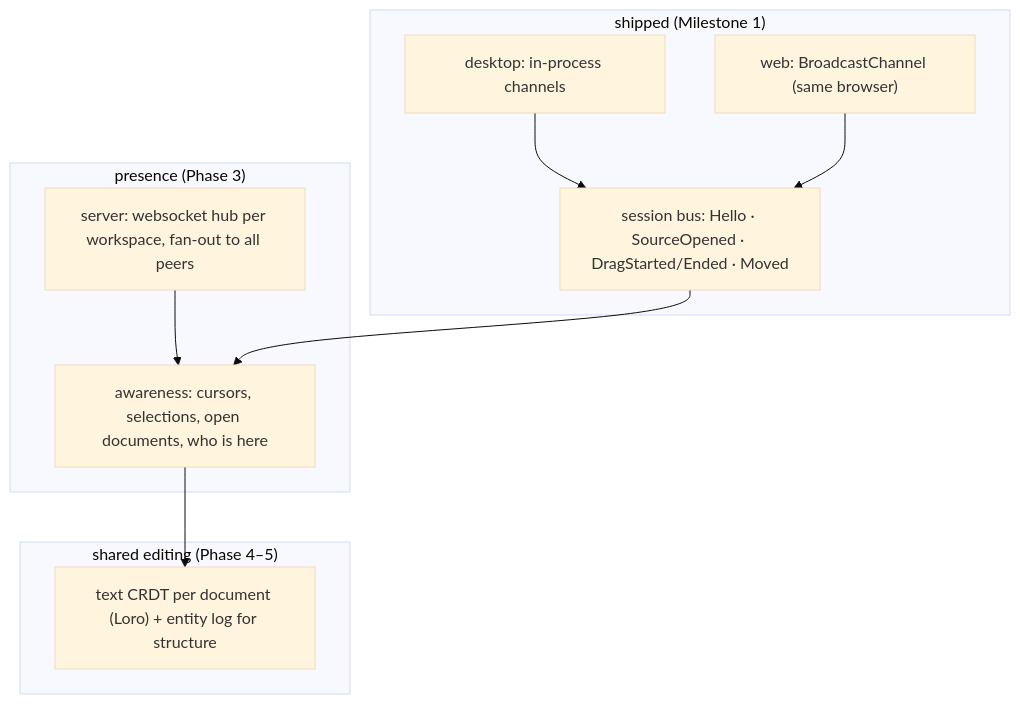
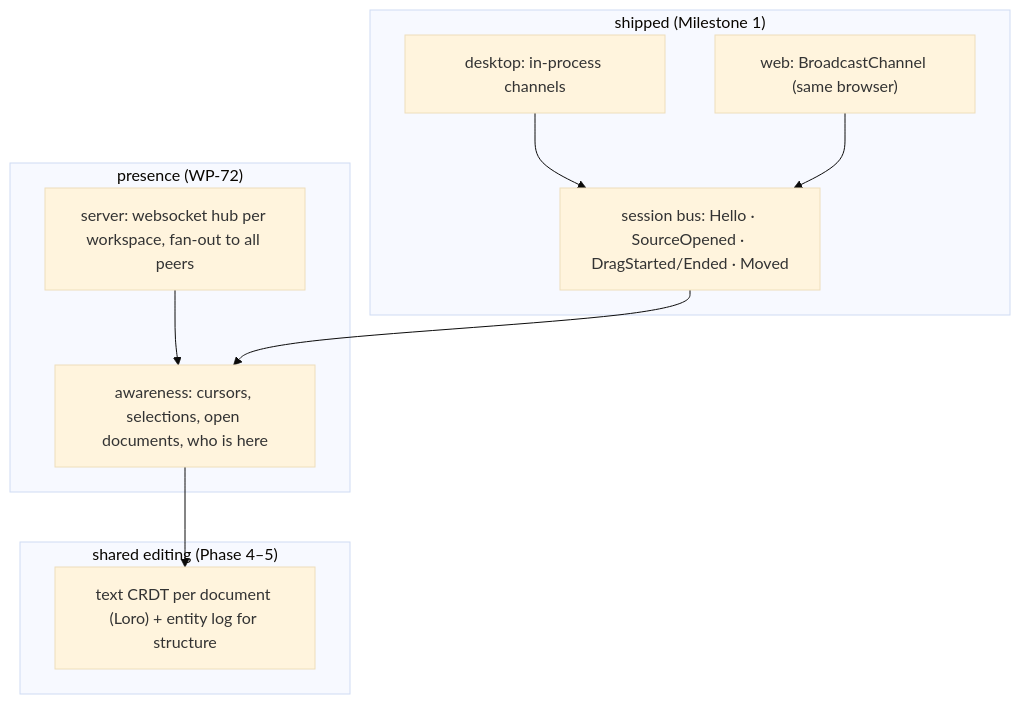
Before and after one commit to MathStruct/Moonkale: the diagram in markdown/architecture/Collaboration.md, drawn with Mermaid (base theme). The commit also changed other lines of this file and 61 other files, not shown here.

````diff
--- a/markdown/architecture/Collaboration.md
+++ b/markdown/architecture/Collaboration.md
@@ -12,16 +12,16 @@
 ```mermaid
 flowchart TB
   subgraph now["shipped (Milestone 1)"]
     BUS["session bus: Hello · SourceOpened · DragStarted/Ended · Moved"]
     T1["desktop: in-process channels"] --> BUS
     T2["web: BroadcastChannel (same browser)"] --> BUS
   end
-  subgraph next["presence (Phase 3)"]
+  subgraph next["presence (WP-72)"]
     AW["awareness: cursors, selections, open documents, who is here"]
     T3["server: websocket hub per workspace, fan-out to all peers"] --> AW
   end
   subgraph later["shared editing (Phase 4–5)"]
     CRDT["text CRDT per document (Loro) + entity log for structure"]
   end
   BUS --> AW --> CRDT
 ```
````
